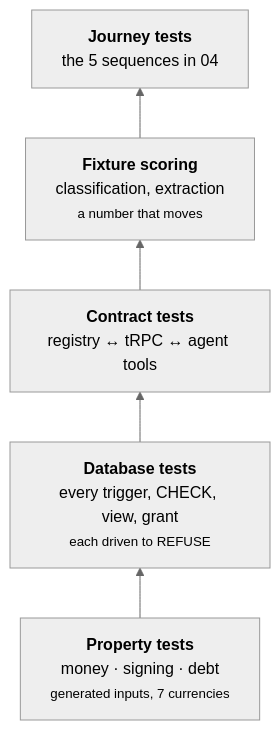
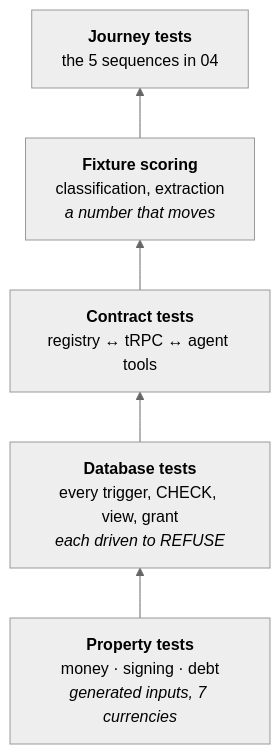
Before and after one commit to VoltLightning/waltning: the diagram in docs/specification/architecture/07-test-strategy.md, drawn with Mermaid (neutral theme). The commit also changed 15 other files, not shown here.

````diff
--- a/docs/specification/architecture/07-test-strategy.md
+++ b/docs/specification/architecture/07-test-strategy.md
@@ -39,9 +39,9 @@
 ```mermaid
 graph BT
-    P["<b>Property tests</b><br/>money · signing · debt<br/><small>generated inputs, 7 currencies</small>"]
-    D["<b>Database tests</b><br/>every trigger, CHECK, view, grant<br/><small>each driven to REFUSE</small>"]
+    P["<b>Property tests</b><br/>money · signing · debt<br/><i>generated inputs, 7 currencies</i>"]
+    D["<b>Database tests</b><br/>every trigger, CHECK, view, grant<br/><i>each driven to REFUSE</i>"]
     C["<b>Contract tests</b><br/>registry ↔ tRPC ↔ agent tools"]
-    F["<b>Fixture scoring</b><br/>classification, extraction<br/><small>a number that moves</small>"]
-    E["<b>Journey tests</b><br/>the 5 sequences in 04</small>"]
+    F["<b>Fixture scoring</b><br/>classification, extraction<br/><i>a number that moves</i>"]
+    E["<b>Journey tests</b><br/>the 5 sequences in 04</i>"]
     P --> D --> C --> F --> E
 ```
````
